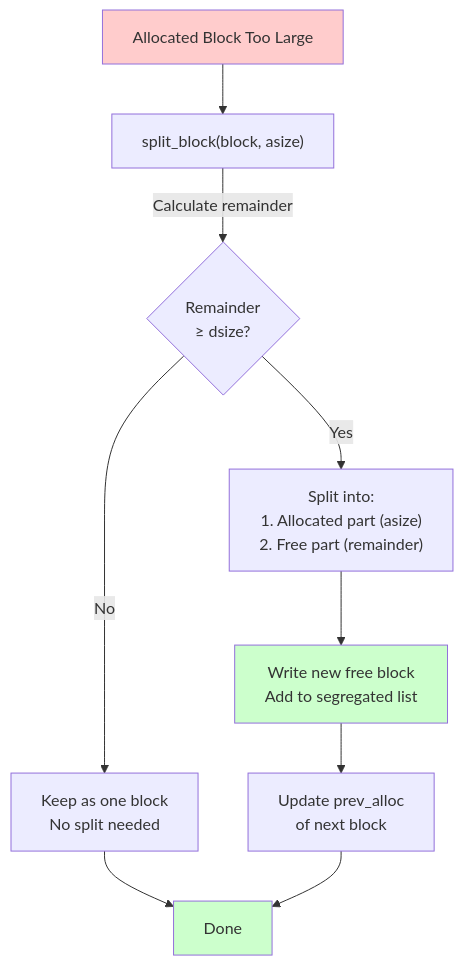
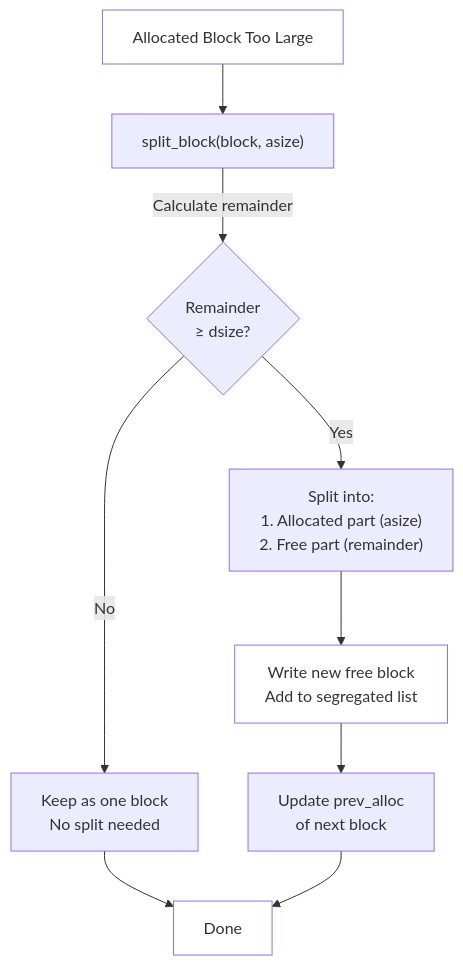
The fourth of 4 diagrams in README.md (talkshrey/dynamic-memory-allocator), drawn with Mermaid before and after one commit. The commit also changed other lines of this file, not shown here.

````diff
--- a/README.md
+++ b/README.md
@@ -180,19 +180,19 @@
 ```mermaid
 graph TD
     A["Allocated Block Too Large"] --> B["split_block(block, asize)"]
     
     B -->|Calculate remainder| C{Remainder<br/>≥ dsize?}
     
     C -->|Yes| D["Split into:<br/>1. Allocated part (asize)<br/>2. Free part (remainder)"]
     C -->|No| E["Keep as one block<br/>No split needed"]
     
     D --> F["Write new free block<br/>Add to segregated list"]
     F --> G["Update prev_alloc<br/>of next block"]
     
     E --> H["Done"]
     G --> H
     
-    style A fill:#ffcccc
-    style F fill:#ccffcc
-    style H fill:#ccffcc
+    style A fill:#ffffff
+    style F fill:#ffffff
+    style H fill:#ffffff
 ```
````
